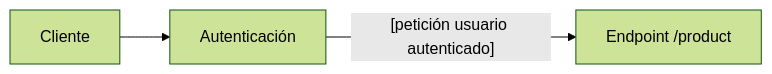
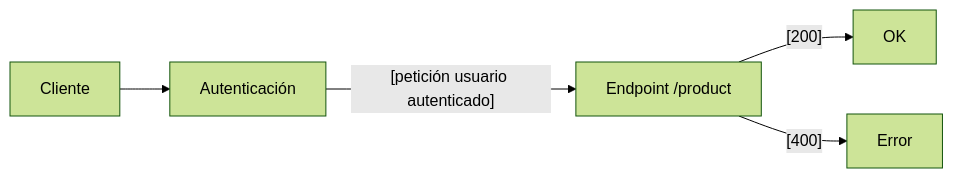
The diagram in docs/procesos/almacenes.md (pedroifgonzalez/tecopos_api_doc), drawn with Mermaid (forest theme) before and after one commit. The commit also changed other lines of this file and 3 other files, not shown here.

````diff
--- a/docs/procesos/almacenes.md
+++ b/docs/procesos/almacenes.md
@@ -22,5 +23,7 @@
 ```mermaid
 	flowchart LR
 		A[Cliente] --> B1[Autenticación]
 		B1 --[petición usuario autenticado]--> C[Endpoint /product]
+		C --[200]--> OK[OK]
+		C --[400]--> D[Error]
 ```
````
